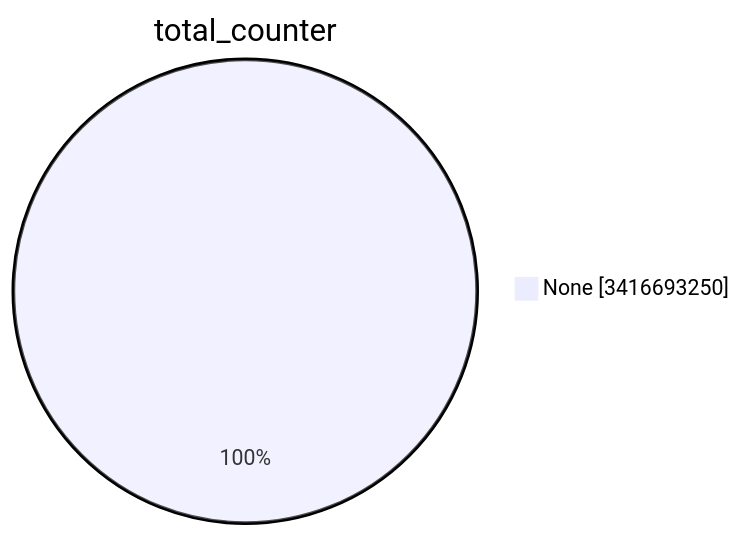
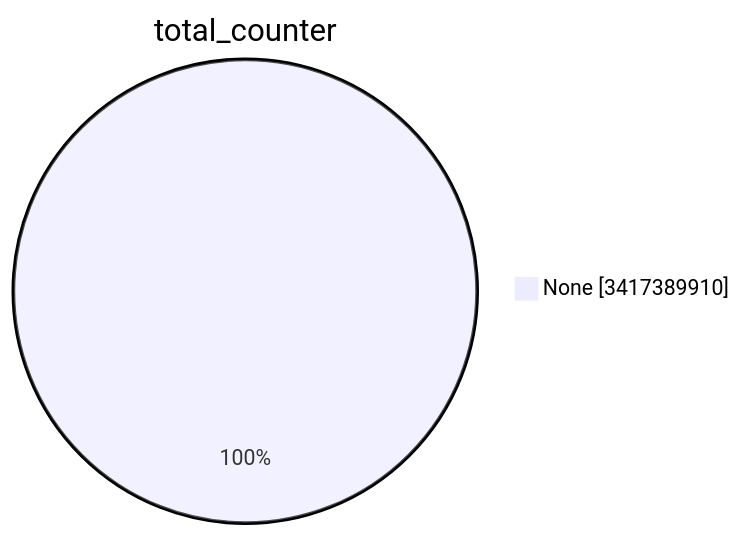
The first of 15 diagrams in TOTAL/README.md (christiankrug/ctmonitor_visualization), drawn with Mermaid before and after one commit. The commit also changed other lines of this file, not shown here.

````diff
--- a/TOTAL/README.md
+++ b/TOTAL/README.md
@@ -1,5 +1,5 @@
 ```mermaid
 pie showData
 title total_counter
-"None" :3416693250
+"None" :3417389910
 ```
````
